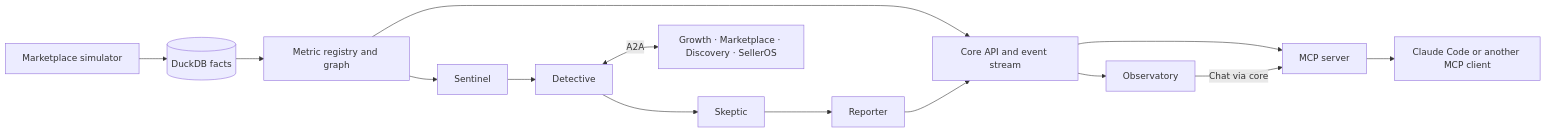
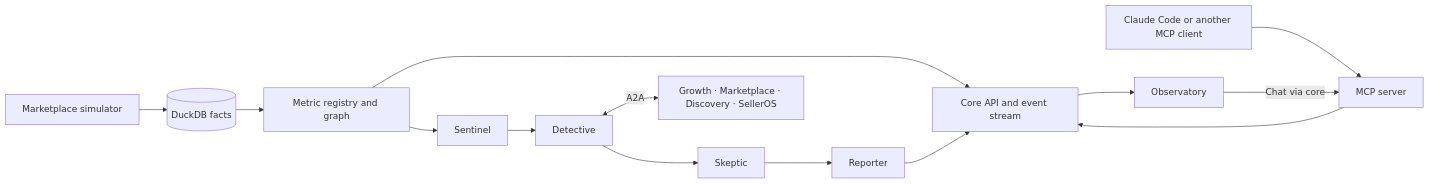
One commit to hacklab11/apollo-11 changed the diagram in README.md. Above: the diagram before and after it, drawn with Mermaid. The commit also changed other lines of this file and 1 other file, not shown here.

Commit message:
Clarify simulator pacing and late S6 effects

````diff
--- a/README.md
+++ b/README.md
@@ -41,15 +41,15 @@
 ```mermaid
 flowchart LR
     Sim["Marketplace simulator"] --> DB[("DuckDB facts")]
     DB --> Graph["Metric registry and graph"]
     Graph --> Sentinel
     Sentinel --> Detective
     Detective --> Skeptic --> Reporter
     Detective <-->|A2A| Agents["Growth · Marketplace · Discovery · SellerOS"]
     Graph --> API["Core API and event stream"]
     Reporter --> API
     API --> UI["Observatory"]
-    API --> MCP["MCP server"]
-    MCP --> Client["Claude Code or another MCP client"]
+    MCP["MCP server"] --> API
+    Client["Claude Code or another MCP client"] --> MCP
     UI -->|Chat via core| MCP
 ```
````
